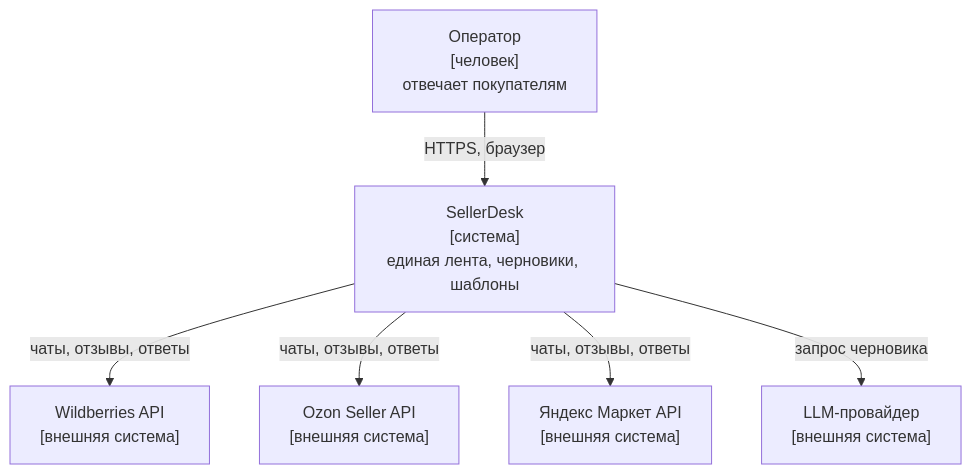
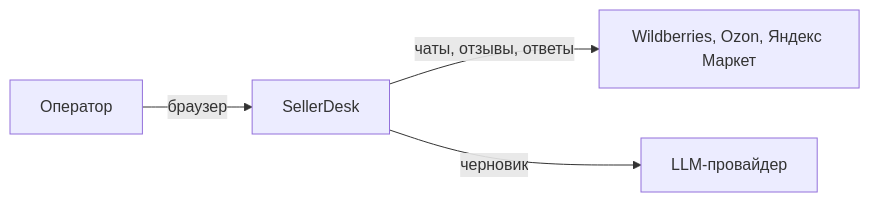
Before and after one commit to Georgy213123/ai-product-engineering: the first of 2 diagrams in projects/01-sellerdesk/docs/03-design/architecture.md, drawn with Mermaid. The commit also changed other lines of this file and 16 other files, not shown here.

````diff
--- a/projects/01-sellerdesk/docs/03-design/architecture.md
+++ b/projects/01-sellerdesk/docs/03-design/architecture.md
@@ -5,15 +5,6 @@
 ```mermaid
-flowchart TB
-    op["Оператор<br/>[человек]<br/>отвечает покупателям"]
-    sd["SellerDesk<br/>[система]<br/>единая лента, черновики, шаблоны"]
-    wb["Wildberries API<br/>[внешняя система]"]
-    oz["Ozon Seller API<br/>[внешняя система]"]
-    ym["Яндекс Маркет API<br/>[внешняя система]"]
-    llm["LLM-провайдер<br/>[внешняя система]"]
-
-    op -- "HTTPS, браузер" --> sd
-    sd -- "чаты, отзывы, ответы" --> wb
-    sd -- "чаты, отзывы, ответы" --> oz
-    sd -- "чаты, отзывы, ответы" --> ym
-    sd -- "запрос черновика" --> llm
+flowchart LR
+    op["Оператор"] -- браузер --> sd["SellerDesk"]
+    sd -- "чаты, отзывы, ответы" --> mp["Wildberries, Ozon, Яндекс Маркет"]
+    sd -- черновик --> llm["LLM-провайдер"]
 ```
````
